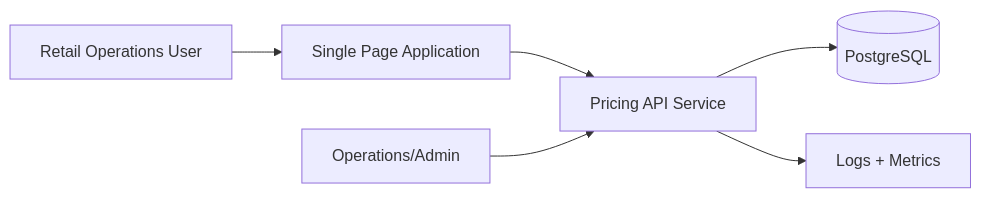
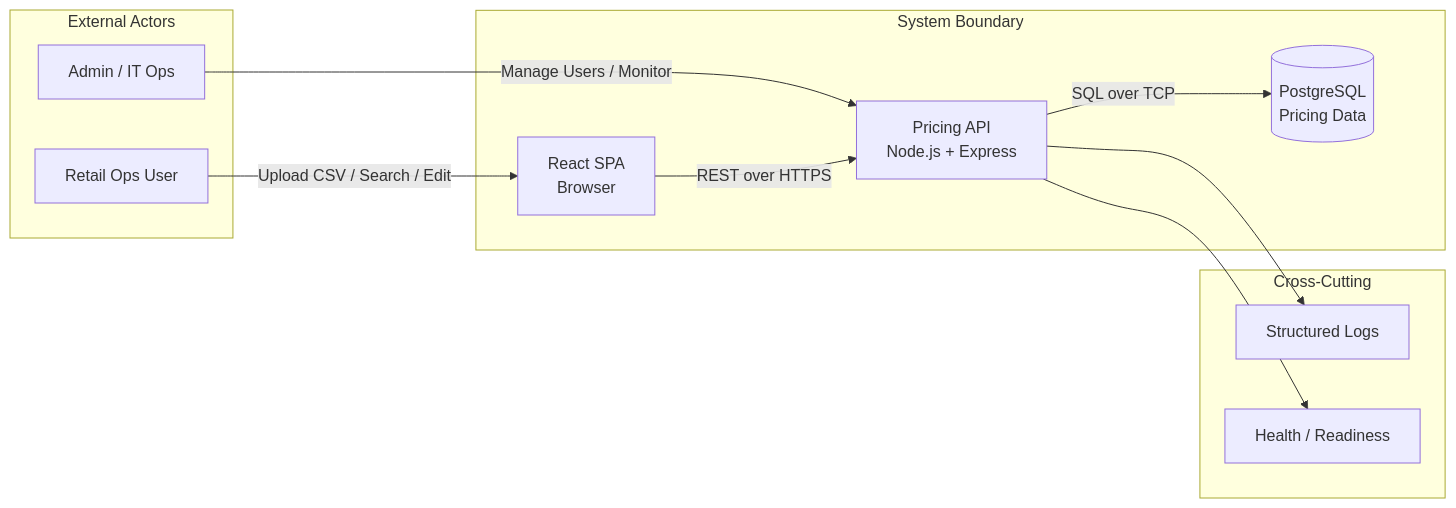
The diagram in docs/context-diagram.md (danish-wadhwa1997/Tiger-Analytics), drawn with Mermaid before and after one commit. The commit also changed other lines of this file and 48 other files, not shown here.

````diff
--- a/docs/context-diagram.md
+++ b/docs/context-diagram.md
@@ -3,8 +5,25 @@
 ```mermaid
 flowchart LR
-  User[Retail Operations User] --> SPA[Single Page Application]
-  SPA --> API[Pricing API Service]
-  API --> DB[(PostgreSQL)]
-  API --> OBS[Logs + Metrics]
-  Admin[Operations/Admin] --> API
+  subgraph External Actors
+    OpsUser[Retail Ops User]
+    AdminUser[Admin / IT Ops]
+  end
+
+  subgraph System Boundary
+    SPA[React SPA<br/>Browser]
+    API[Pricing API<br/>Node.js + Express]
+    DB[(PostgreSQL<br/>Pricing Data)]
+  end
+
+  subgraph Cross-Cutting
+    Logs[Structured Logs]
+    Health[Health / Readiness]
+  end
+
+  OpsUser -- Upload CSV / Search / Edit --> SPA
+  AdminUser -- Manage Users / Monitor --> API
+  SPA -- REST over HTTPS --> API
+  API -- SQL over TCP --> DB
+  API --> Logs
+  API --> Health
 ```
````
